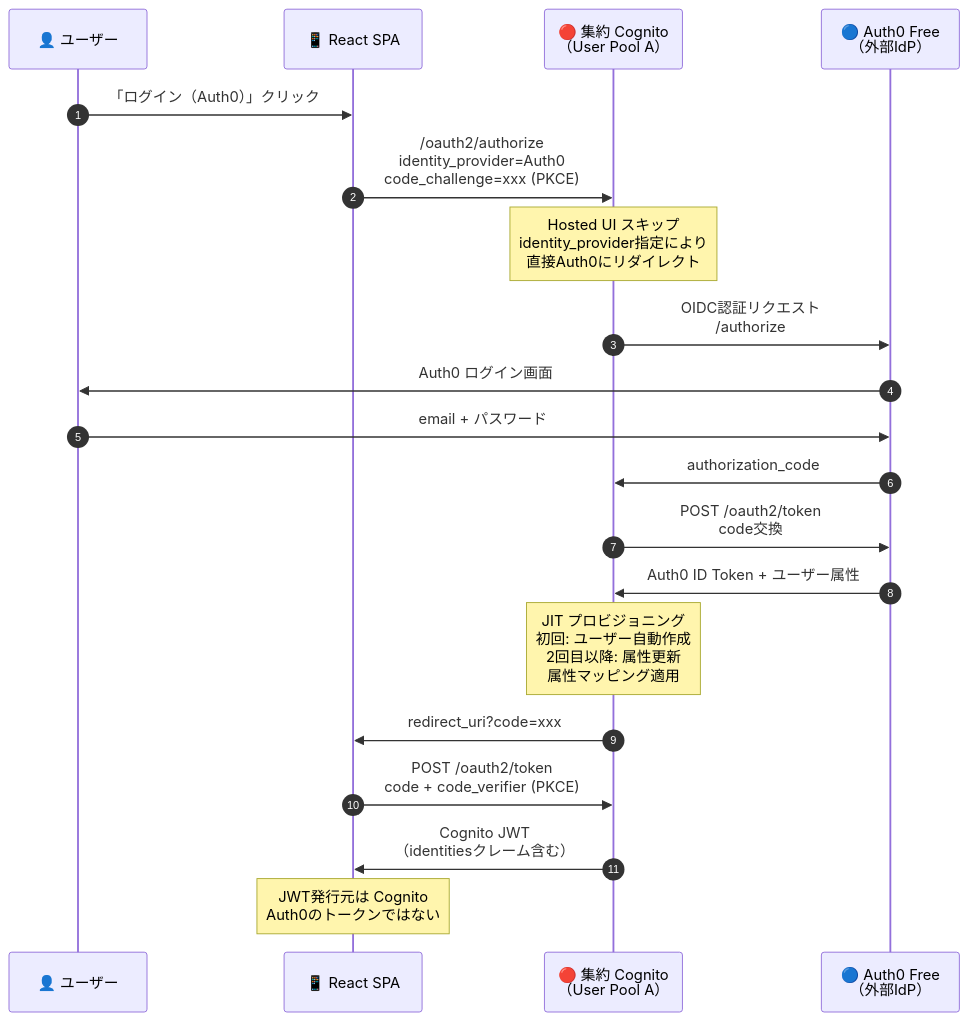
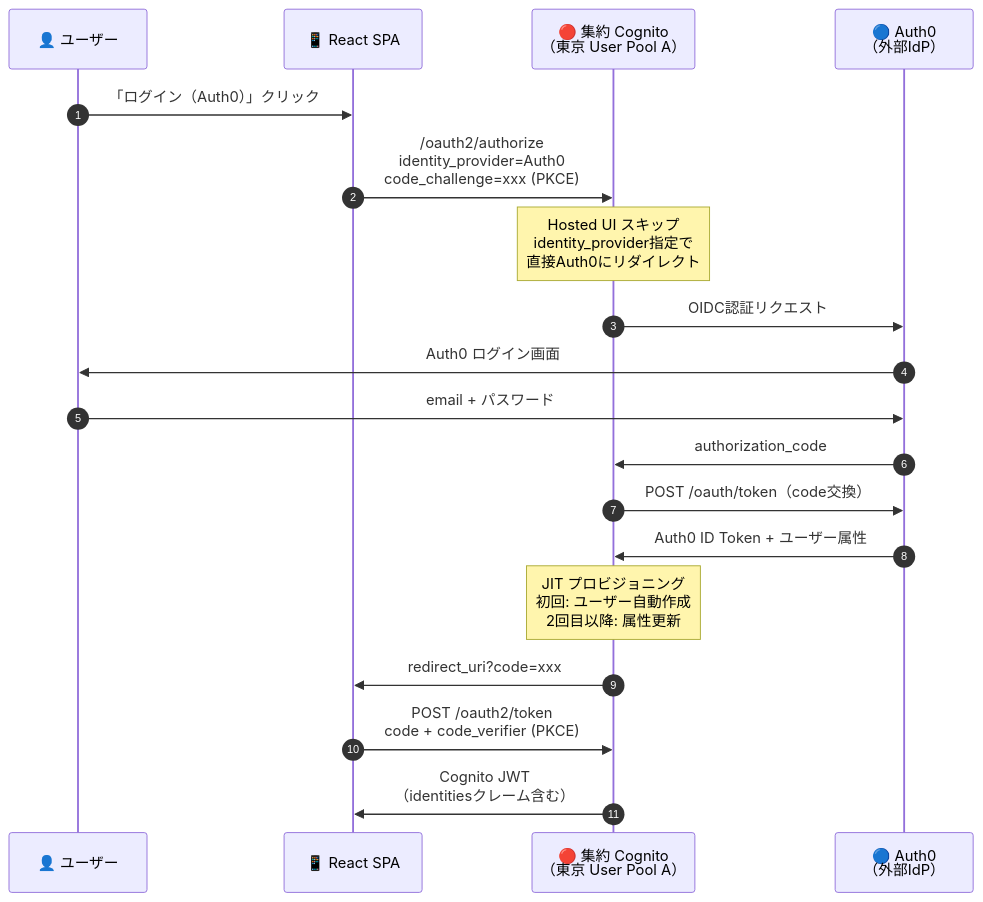
Before and after one commit to suepie/aws-atuh-poc: the first of 5 diagrams in doc/design/auth-flow.md, drawn with Mermaid. The commit also changed other lines of this file and 10 other files, not shown here.

````diff
--- a/doc/design/auth-flow.md
+++ b/doc/design/auth-flow.md
@@ -49,29 +26,26 @@
 ```mermaid
 sequenceDiagram
     autonumber
     participant User as 👤 ユーザー
     participant SPA as 📱 React SPA
-    participant Cognito as 🔴 集約 Cognito<br/>（User Pool A）
-    participant Auth0 as 🔵 Auth0 Free<br/>（外部IdP）
+    participant Cognito as 🔴 集約 Cognito<br/>（東京 User Pool A）
+    participant Auth0 as 🔵 Auth0<br/>（外部IdP）
 
     User->>SPA: 「ログイン（Auth0）」クリック
     SPA->>Cognito: /oauth2/authorize<br/>identity_provider=Auth0<br/>code_challenge=xxx (PKCE)
 
-    Note over Cognito: Hosted UI スキップ<br/>identity_provider指定により<br/>直接Auth0にリダイレクト
+    Note over Cognito: Hosted UI スキップ<br/>identity_provider指定で<br/>直接Auth0にリダイレクト
 
-    Cognito->>Auth0: OIDC認証リクエスト<br/>/authorize
+    Cognito->>Auth0: OIDC認証リクエスト
     Auth0->>User: Auth0 ログイン画面
     User->>Auth0: email + パスワード
-
     Auth0->>Cognito: authorization_code
-    Cognito->>Auth0: POST /oauth2/token<br/>code交換
+    Cognito->>Auth0: POST /oauth/token（code交換）
     Auth0->>Cognito: Auth0 ID Token + ユーザー属性
 
-    Note over Cognito: JIT プロビジョニング<br/>初回: ユーザー自動作成<br/>2回目以降: 属性更新<br/>属性マッピング適用
+    Note over Cognito: JIT プロビジョニング<br/>初回: ユーザー自動作成<br/>2回目以降: 属性更新
 
     Cognito->>SPA: redirect_uri?code=xxx
     SPA->>Cognito: POST /oauth2/token<br/>code + code_verifier (PKCE)
     Cognito->>SPA: Cognito JWT<br/>（identitiesクレーム含む）
-
-    Note over SPA: JWT発行元は Cognito<br/>Auth0のトークンではない
 ```
````
